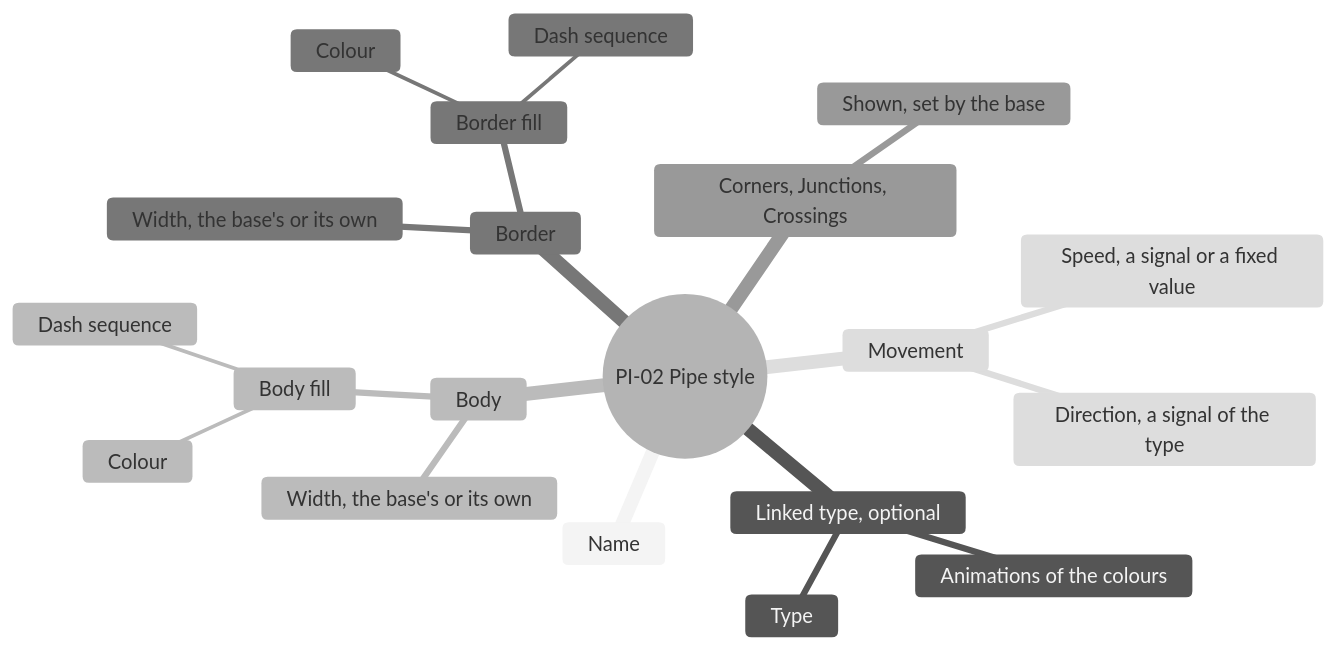
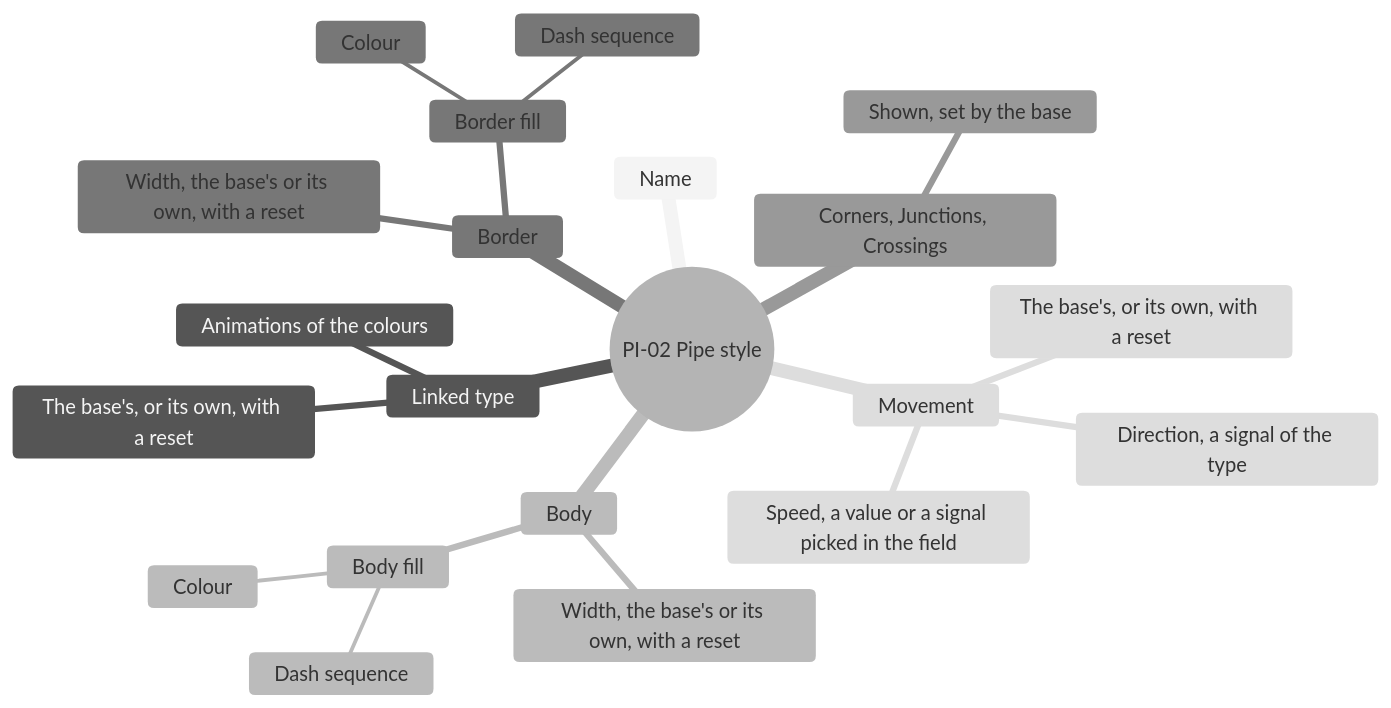
The fourth of 9 diagrams in screens/pipes.md (AlexandreGallais/synoptic-studio-spec), drawn with Mermaid (neutral theme) before and after one commit. The commit also changed other lines of this file and 8 other files, not shown here.

First line of the commit message:
docs(pipes): add linked type to the base, reset overrides, end shape page

````diff
--- a/screens/pipes.md
+++ b/screens/pipes.md
@@ -91,23 +95,24 @@
 ```mermaid
 mindmap
   root((PI-02 Pipe style))
     Name
-    Linked type, optional
-      Type
+    Linked type
+      The base's, or its own, with a reset
       Animations of the colours
     Body
-      Width, the base's or its own
+      Width, the base's or its own, with a reset
       Body fill
         Colour
         Dash sequence
     Border
-      Width, the base's or its own
+      Width, the base's or its own, with a reset
       Border fill
         Colour
         Dash sequence
     Corners, Junctions, Crossings
       Shown, set by the base
     Movement
+      The base's, or its own, with a reset
       Direction, a signal of the type
-      Speed, a signal or a fixed value
+      Speed, a value or a signal picked in the field
 ```
````
